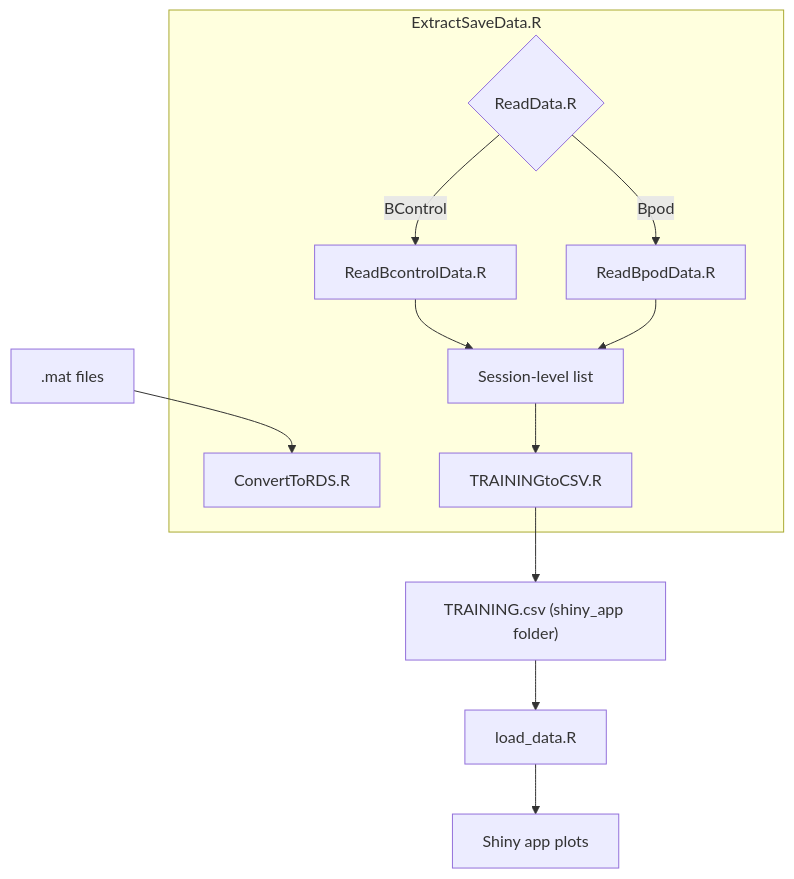
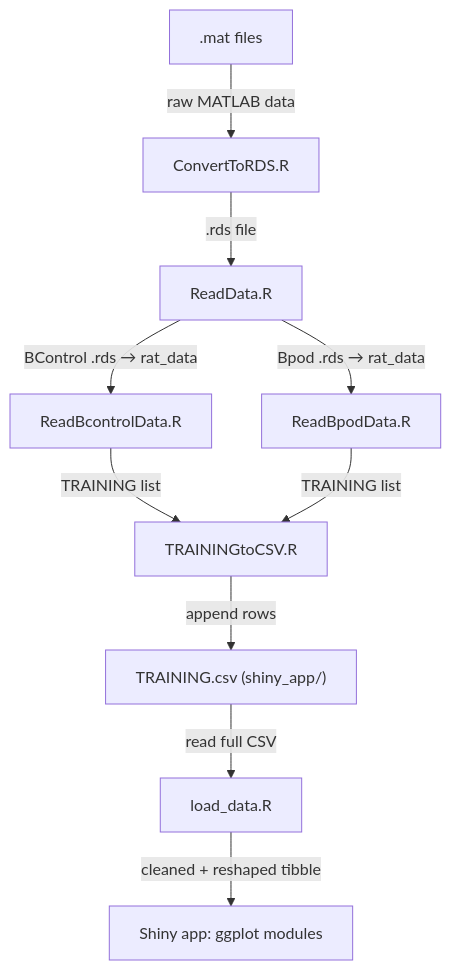
The diagram in docs/architecture.md (LIMLabSWC/shiny-performance-tracking), drawn with Mermaid before and after one commit.

Commit message:
update mermaid graph

````diff
--- a/docs/architecture.md
+++ b/docs/architecture.md
@@ -25,18 +25,16 @@
 ```mermaid
 graph TD
 
-  subgraph ExtractSaveData.R [ExtractSaveData.R]
-    B[ConvertToRDS.R]
-    C{ReadData.R}
-    C -->|BControl| D[ReadBcontrolData.R]
-    C -->|Bpod| E[ReadBpodData.R]
-    D --> F[Session-level list]
-    E --> F
-    F --> G[TRAININGtoCSV.R]
-  end
+  A[.mat files] -->|raw MATLAB data| B[ConvertToRDS.R]
+  B -->|.rds file| C[ReadData.R]
 
-  A[.mat files] --> B
-  G --> H["TRAINING.csv (shiny_app folder)"]
-  H --> I[load_data.R]
-  I --> J[Shiny app plots]
+  C -->|BControl .rds → rat_data| D[ReadBcontrolData.R]
+  C -->|Bpod .rds → rat_data| E[ReadBpodData.R]
+
+  D -->|TRAINING list| F[TRAININGtoCSV.R]
+  E -->|TRAINING list| F
+
+  F -->|append rows| G["TRAINING.csv (shiny_app/)"]
+  G -->|read full CSV| H[load_data.R]
+  H -->|cleaned + reshaped tibble| I[Shiny app: ggplot modules]
 ```
````
